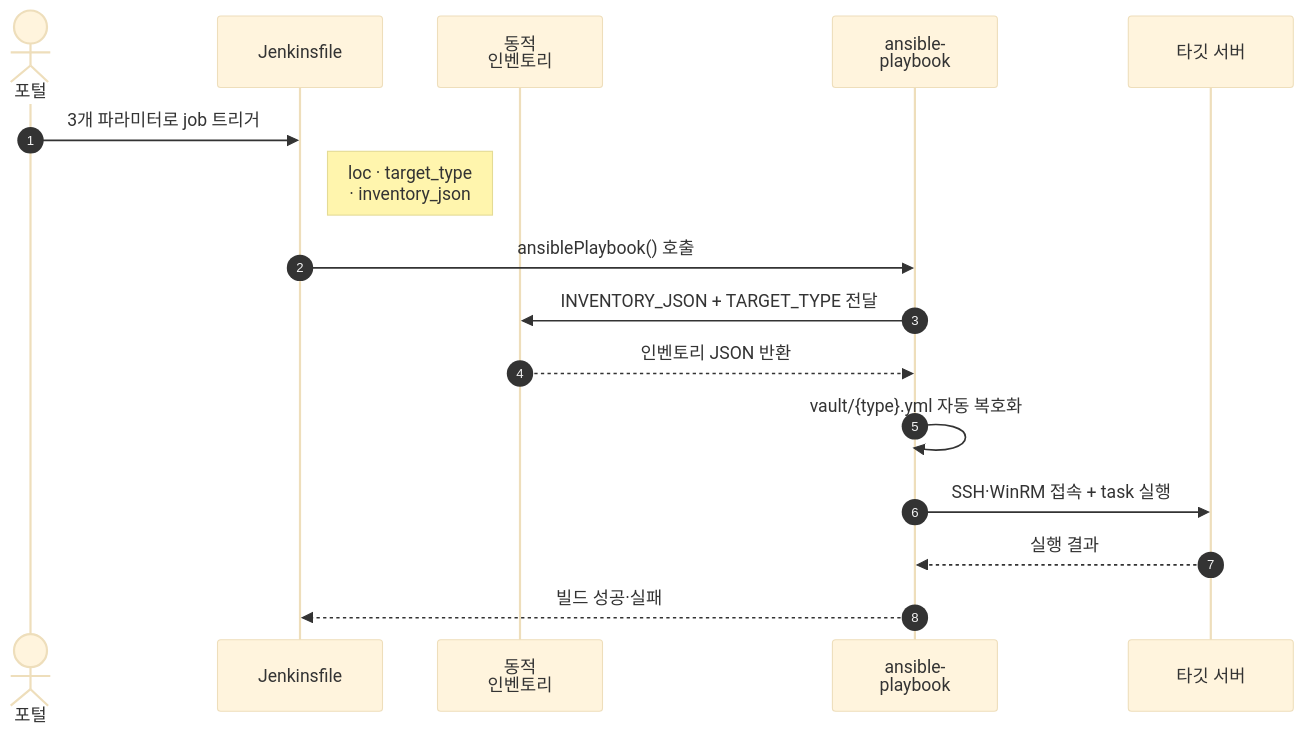
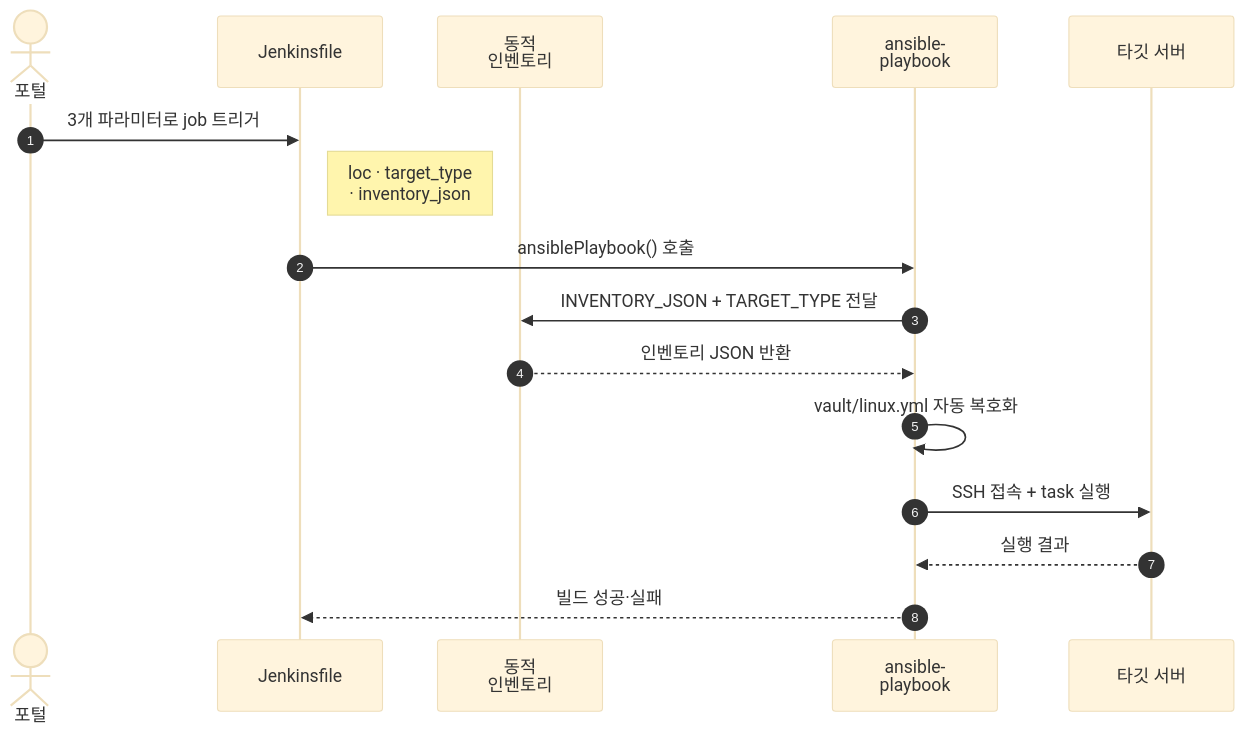
The diagram in README.md (hshwang1994/Infrastructure-Automation-Project), drawn with Mermaid (base theme) before and after one commit. The commit also changed other lines of this file and 22 other files, not shown here.

````diff
--- a/README.md
+++ b/README.md
@@ -63,19 +62,19 @@
 ```mermaid
 sequenceDiagram
     autonumber
     actor Portal as 포털
     participant Jenkins as Jenkinsfile
     participant Inv as 동적<br/>인벤토리
     participant Ansible as ansible-<br/>playbook
     participant Target as 타깃 서버
 
     Portal->>Jenkins: 3개 파라미터로 job 트리거
     Note right of Jenkins: loc · target_type<br/>· inventory_json
     Jenkins->>Ansible: ansiblePlaybook() 호출
     Ansible->>Inv: INVENTORY_JSON + TARGET_TYPE 전달
     Inv-->>Ansible: 인벤토리 JSON 반환
-    Ansible->>Ansible: vault/{type}.yml 자동 복호화
-    Ansible->>Target: SSH·WinRM 접속 + task 실행
+    Ansible->>Ansible: vault/linux.yml 자동 복호화
+    Ansible->>Target: SSH 접속 + task 실행
     Target-->>Ansible: 실행 결과
     Ansible-->>Jenkins: 빌드 성공·실패
 ```
````
